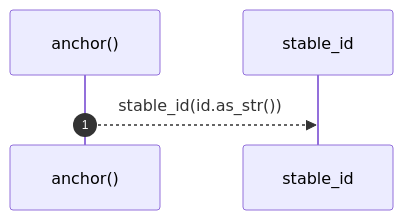
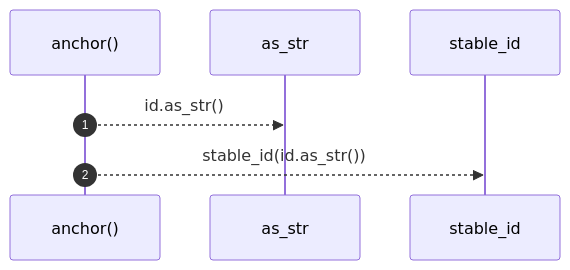
Before and after one commit to RyanGuild/self-describing-code: the diagram in docs/self-model/robby_render/markdown/anchor.md, drawn with Mermaid. The commit also changed other lines of this file and 1404 other files, not shown here.

````diff
--- a/docs/self-model/robby_render/markdown/anchor.md
+++ b/docs/self-model/robby_render/markdown/anchor.md
@@ -21,7 +21,9 @@
 ```mermaid
 sequenceDiagram
     autonumber
     participant anchor as anchor()
+    participant as_str as as_str
     participant stable_id as stable_id
+    anchor-->>as_str: id.as_str()
     anchor-->>stable_id: stable_id(id.as_str())
 ```
````
